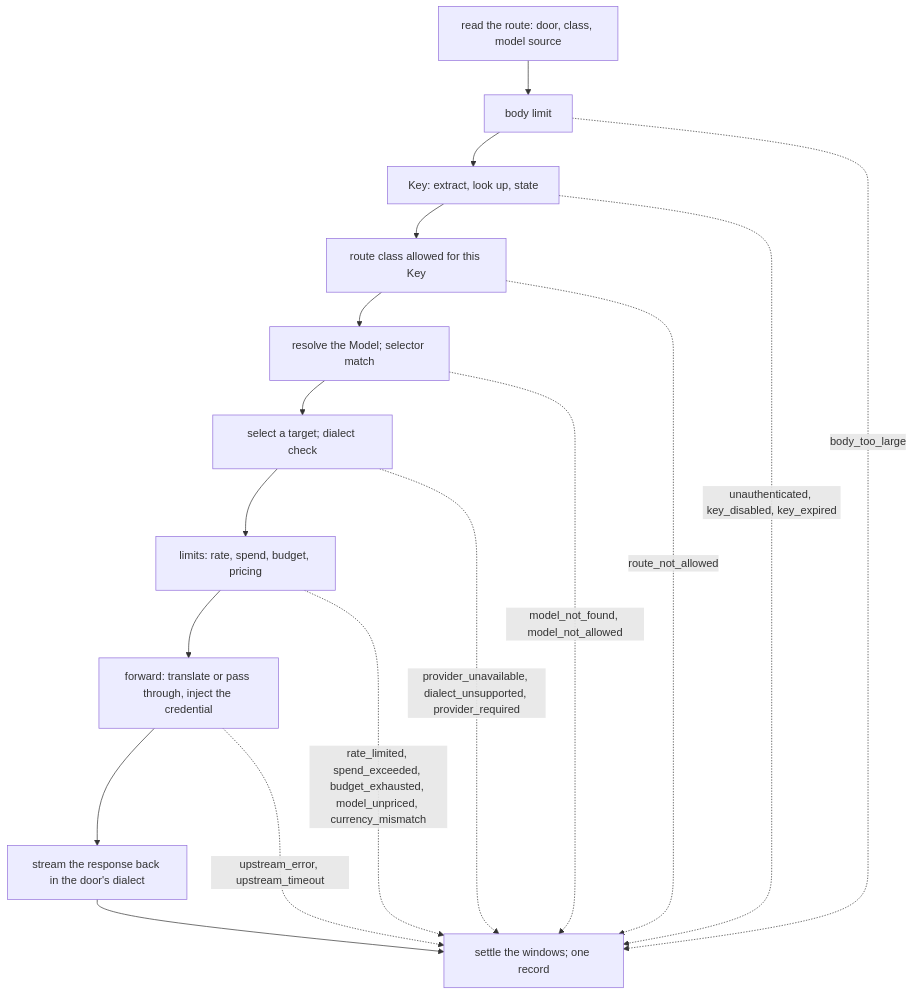
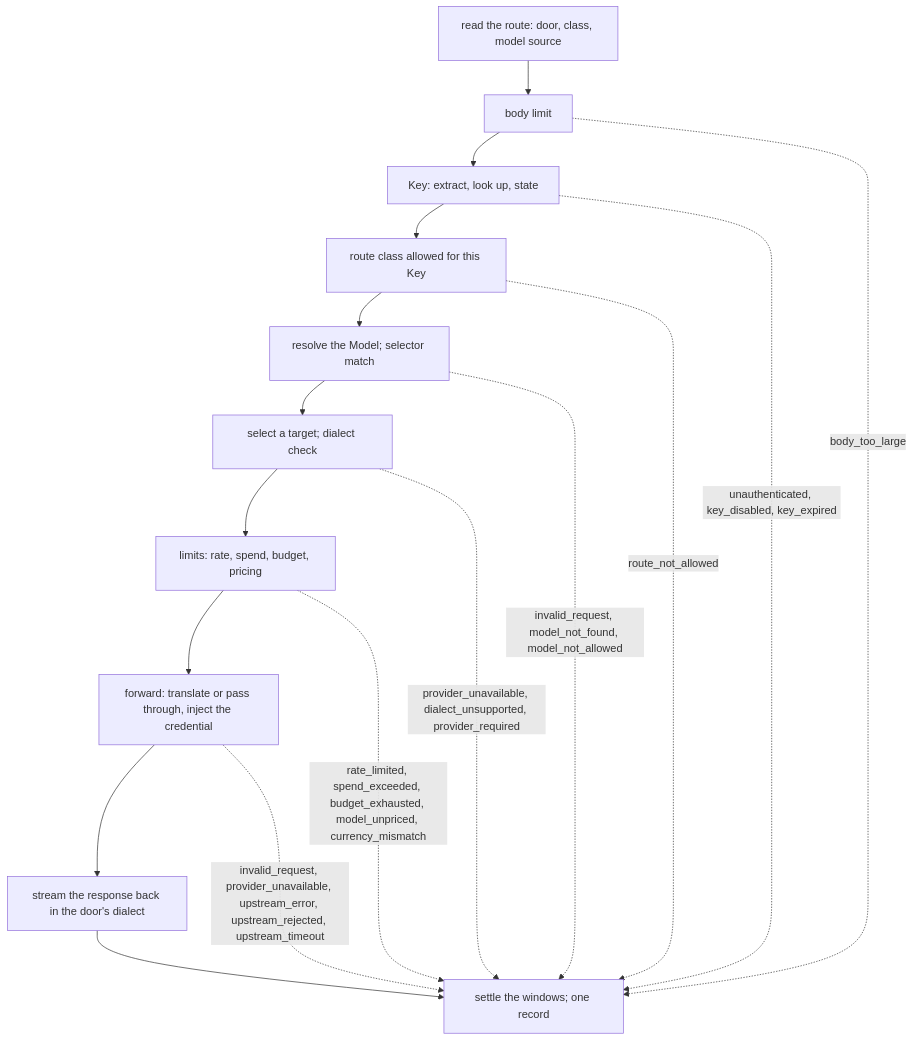
One commit to latere-ai/lux changed the diagram in specs/004-request-path.md. Above: the diagram before and after it, drawn with Mermaid. The commit also changed other lines of this file and 2 other files, not shown here.

````diff
--- a/specs/004-request-path.md
+++ b/specs/004-request-path.md
@@ -116,19 +159,19 @@
 ```mermaid
 flowchart TD
   A[read the route: door, class, model source] --> B[body limit]
   B --> C[Key: extract, look up, state]
   C --> D[route class allowed for this Key]
   D --> E[resolve the Model; selector match]
   E --> F[select a target; dialect check]
   F --> G[limits: rate, spend, budget, pricing]
   G --> H[forward: translate or pass through, inject the credential]
   H --> I[stream the response back in the door's dialect]
   I --> J[settle the windows; one record]
   B -. body_too_large .-> J
   C -. unauthenticated, key_disabled, key_expired .-> J
   D -. route_not_allowed .-> J
-  E -. model_not_found, model_not_allowed .-> J
+  E -. invalid_request, model_not_found, model_not_allowed .-> J
   F -. provider_unavailable, dialect_unsupported, provider_required .-> J
   G -. rate_limited, spend_exceeded, budget_exhausted, model_unpriced, currency_mismatch .-> J
-  H -. upstream_error, upstream_timeout .-> J
+  H -. invalid_request, provider_unavailable, upstream_error, upstream_rejected, upstream_timeout .-> J
 ```
````
